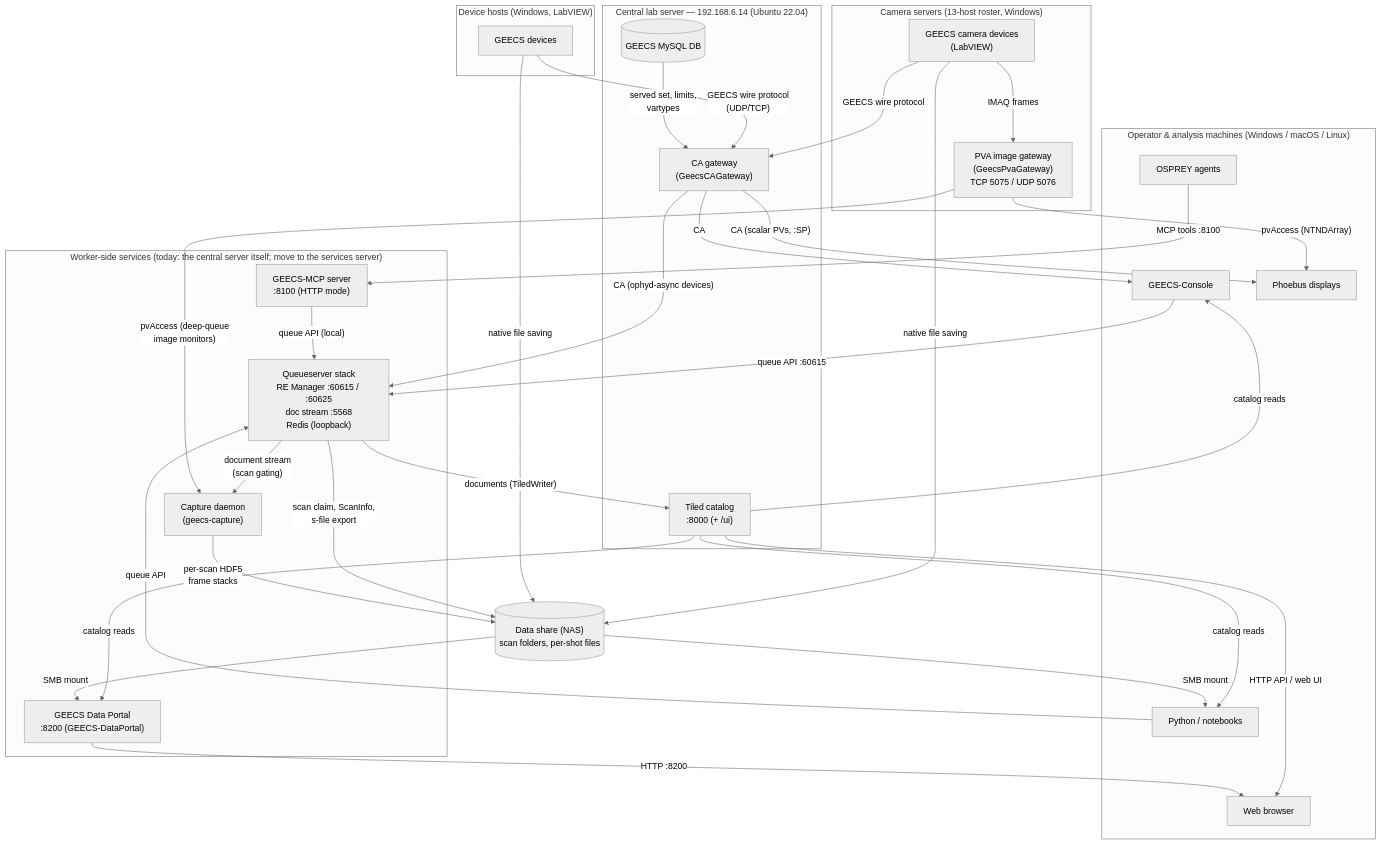
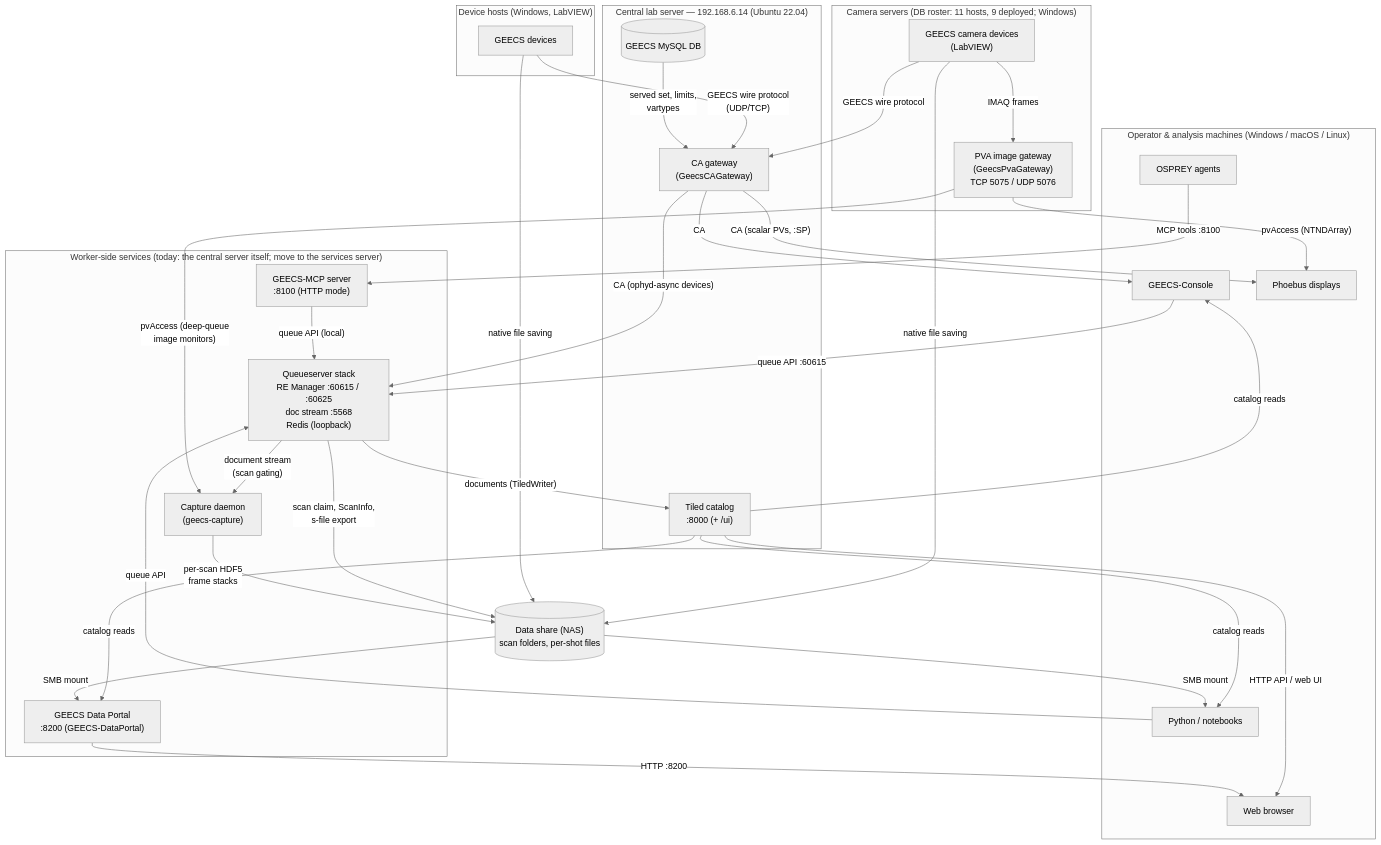
The diagram in docs/platform/fleet_map.md (GEECS-BELLA/GEECS-Plugins), drawn with Mermaid (neutral theme) before and after one commit. The commit also changed other lines of this file and 15 other files, not shown here.

````diff
--- a/docs/platform/fleet_map.md
+++ b/docs/platform/fleet_map.md
@@ -36,65 +36,65 @@
 ```mermaid
 flowchart TB
     subgraph clients["Operator & analysis machines (Windows / macOS / Linux)"]
         console["GEECS-Console"]
         phoebus["Phoebus displays"]
         nb["Python / notebooks"]
         osprey["OSPREY agents"]
         browser["Web browser"]
     end
 
     subgraph central["Central lab server — 192.168.6.14 (Ubuntu 22.04)"]
         cagw["CA gateway<br/>(GeecsCAGateway)"]
         tiled["Tiled catalog<br/>:8000 (+ /ui)"]
         db[("GEECS MySQL DB")]
     end
 
     subgraph worker["Worker-side services (today: the central server itself; move to the services server)"]
         qs["Queueserver stack<br/>RE Manager :60615 / :60625<br/>doc stream :5568<br/>Redis (loopback)"]
         mcp["GEECS-MCP server<br/>:8100 (HTTP mode)"]
         capture["Capture daemon<br/>(geecs-capture)"]
         portal["GEECS Data Portal<br/>:8200 (GEECS-DataPortal)"]
     end
 
-    subgraph camsrv["Camera servers (13-host roster, Windows)"]
+    subgraph camsrv["Camera servers (DB roster: 11 hosts, 9 deployed; Windows)"]
         cams["GEECS camera devices<br/>(LabVIEW)"]
         pvagw["PVA image gateway<br/>(GeecsPvaGateway)<br/>TCP 5075 / UDP 5076"]
     end
 
     subgraph devhosts["Device hosts (Windows, LabVIEW)"]
         devs["GEECS devices"]
     end
 
     nas[("Data share (NAS)<br/>scan folders, per-shot files")]
 
     devs -- "GEECS wire protocol<br/>(UDP/TCP)" --> cagw
     cams -- "GEECS wire protocol" --> cagw
     cams -- "IMAQ frames" --> pvagw
     db -- "served set, limits,<br/>vartypes" --> cagw
 
     cagw -- "CA (scalar PVs, :SP)" --> phoebus
     cagw -- "CA" --> console
     cagw -- "CA (ophyd-async devices)" --> qs
     pvagw -- "pvAccess (NTNDArray)" --> phoebus
 
     console -- "queue API :60615" --> qs
     nb -- "queue API" --> qs
     osprey -- "MCP tools :8100" --> mcp
     mcp -- "queue API (local)" --> qs
 
     qs -- "documents (TiledWriter)" --> tiled
     qs -- "scan claim, ScanInfo,<br/>s-file export" --> nas
     qs -- "document stream<br/>(scan gating)" --> capture
     pvagw -- "pvAccess (deep-queue<br/>image monitors)" --> capture
     capture -- "per-scan HDF5<br/>frame stacks" --> nas
     cams -- "native file saving" --> nas
     devs -- "native file saving" --> nas
 
     tiled -- "HTTP API / web UI" --> browser
     tiled -- "catalog reads" --> console
     tiled -- "catalog reads" --> nb
     tiled -- "catalog reads" --> portal
     nas -- "SMB mount" --> portal
     portal -- "HTTP :8200" --> browser
     nas -- "SMB mount" --> nb
 ```
````
